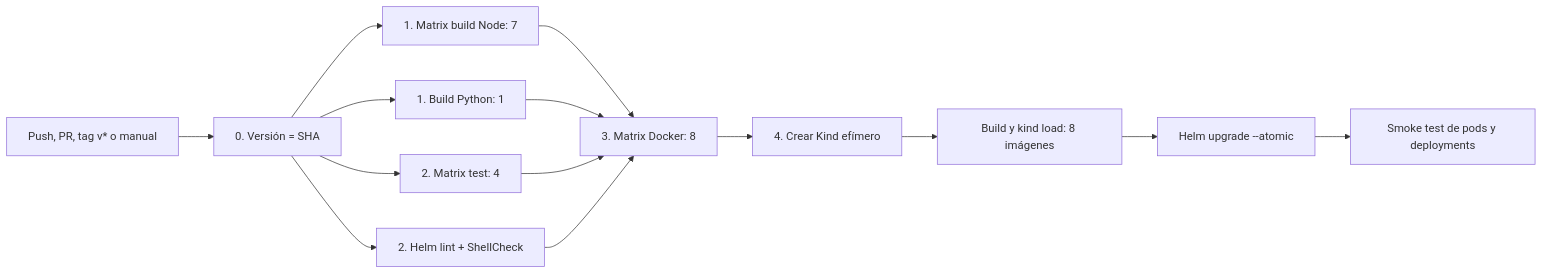
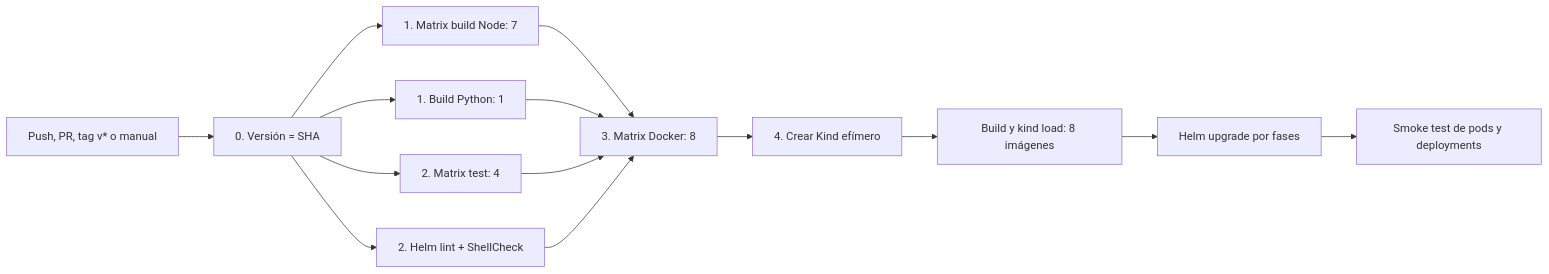
The diagram in P7/DOCUMENTACION.md (Carbonell-Castillo/Practicas-SA-B-202203069-P7), drawn with Mermaid before and after one commit. The commit also changed other lines of this file and 3 other files, not shown here.

````diff
--- a/P7/DOCUMENTACION.md
+++ b/P7/DOCUMENTACION.md
@@ -5,16 +5,16 @@
 ```mermaid
 flowchart LR
     A[Push, PR, tag v* o manual] --> V[0. Versión = SHA]
     V --> BN[1. Matrix build Node: 7]
     V --> BP[1. Build Python: 1]
     V --> T[2. Matrix test: 4]
     V --> H[2. Helm lint + ShellCheck]
     BN --> D[3. Matrix Docker: 8]
     BP --> D
     T --> D
     H --> D
     D --> K[4. Crear Kind efímero]
     K --> I[Build y kind load: 8 imágenes]
-    I --> HD[Helm upgrade --atomic]
+    I --> HD[Helm upgrade por fases]
     HD --> S[Smoke test de pods y deployments]
 ```
````
